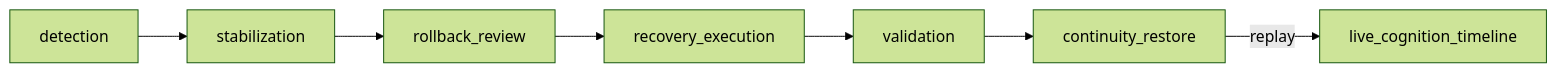
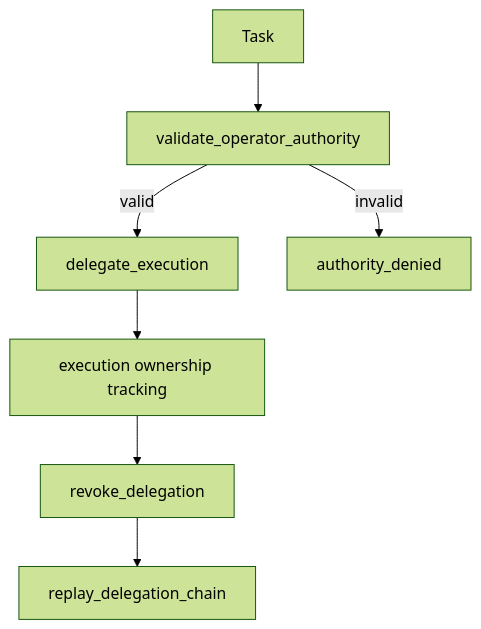
Before and after one commit to FrostXMello/odin-runtime: the third of 6 diagrams in README.md, drawn with Mermaid (forest theme). The commit also changed other lines of this file and 30 other files, not shown here.

````diff
--- a/README.md
+++ b/README.md
@@ -142,9 +99,9 @@
 ```mermaid
-flowchart LR
-    DET[detection] --> STAB[stabilization]
-    STAB --> RB[rollback_review]
-    RB --> REC[recovery_execution]
-    REC --> VAL[validation]
-    VAL --> CONT[continuity_restore]
-    CONT -->|replay| TIMELINE[live_cognition_timeline]
+flowchart TB
+    TASK[Task] --> VALIDATE[validate_operator_authority]
+    VALIDATE -->|valid| DELEGATE[delegate_execution]
+    VALIDATE -->|invalid| DENY[authority_denied]
+    DELEGATE --> TRACK[execution ownership tracking]
+    TRACK --> REVOKE[revoke_delegation]
+    REVOKE --> REPLAY[replay_delegation_chain]
 ```
````
